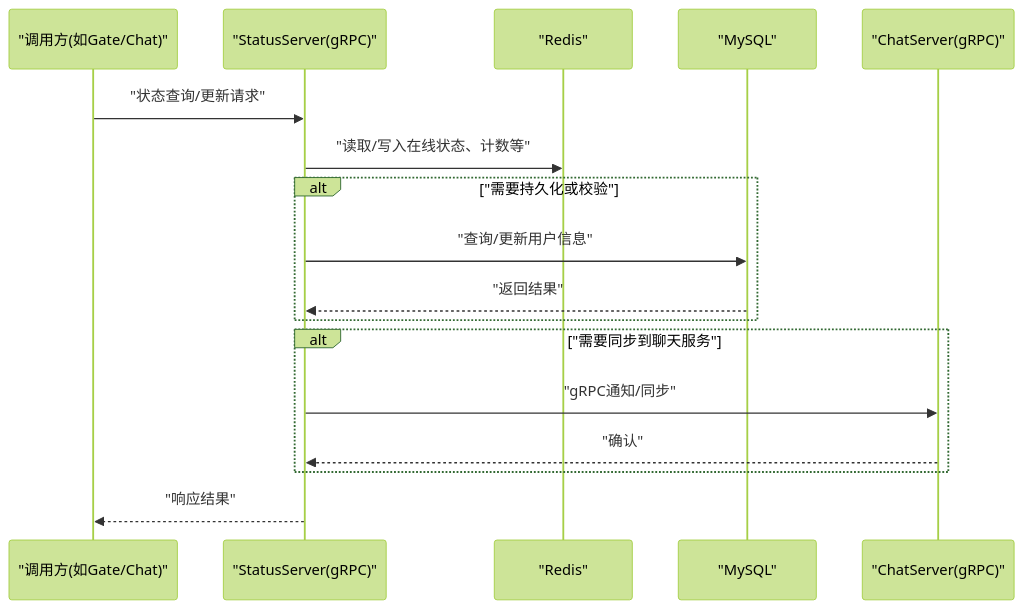
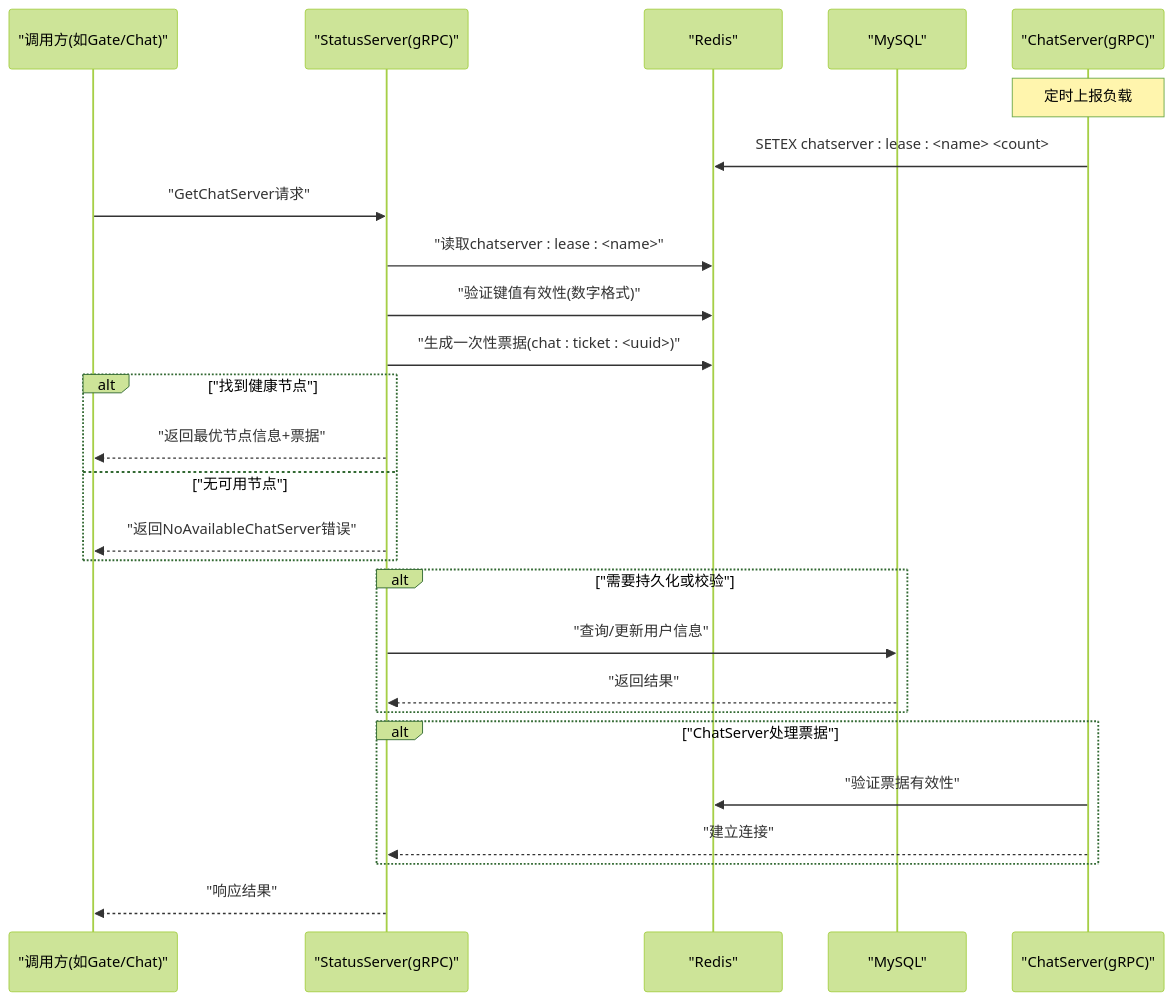
The second of 4 diagrams in .qoder/repowiki/zh/content/部署运维/服务部署/服务配置/StatusServer状态服务配置.md (echo9923/mychatter), drawn with Mermaid (forest theme) before and after one commit. The commit also changed other lines of this file and 107 other files, not shown here.

````diff
--- a/.qoder/repowiki/zh/content/部署运维/服务部署/服务配置/StatusServer状态服务配置.md
+++ b/.qoder/repowiki/zh/content/部署运维/服务部署/服务配置/StatusServer状态服务配置.md
@@ -88,19 +118,28 @@
 ```mermaid
 sequenceDiagram
 participant Client as "调用方(如Gate/Chat)"
 participant Status as "StatusServer(gRPC)"
 participant Redis as "Redis"
 participant MySQL as "MySQL"
 participant Chat as "ChatServer(gRPC)"
-Client->>Status : "状态查询/更新请求"
-Status->>Redis : "读取/写入在线状态、计数等"
+Note over Chat : 定时上报负载
+Chat->>Redis : SETEX chatserver : lease : <name> <count>
+Client->>Status : "GetChatServer请求"
+Status->>Redis : "读取chatserver : lease : <name>"
+Status->>Redis : "验证键值有效性(数字格式)"
+Status->>Redis : "生成一次性票据(chat : ticket : <uuid>)"
+alt "找到健康节点"
+Status-->>Client : "返回最优节点信息+票据"
+else "无可用节点"
+Status-->>Client : "返回NoAvailableChatServer错误"
+end
 alt "需要持久化或校验"
 Status->>MySQL : "查询/更新用户信息"
 MySQL-->>Status : "返回结果"
 end
-alt "需要同步到聊天服务"
-Status->>Chat : "gRPC通知/同步"
-Chat-->>Status : "确认"
+alt "ChatServer处理票据"
+Chat->>Redis : "验证票据有效性"
+Chat-->>Status : "建立连接"
 end
 Status-->>Client : "响应结果"
 ```
````
